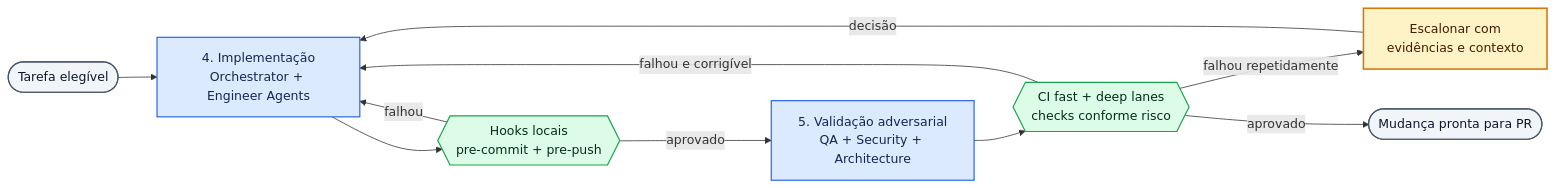
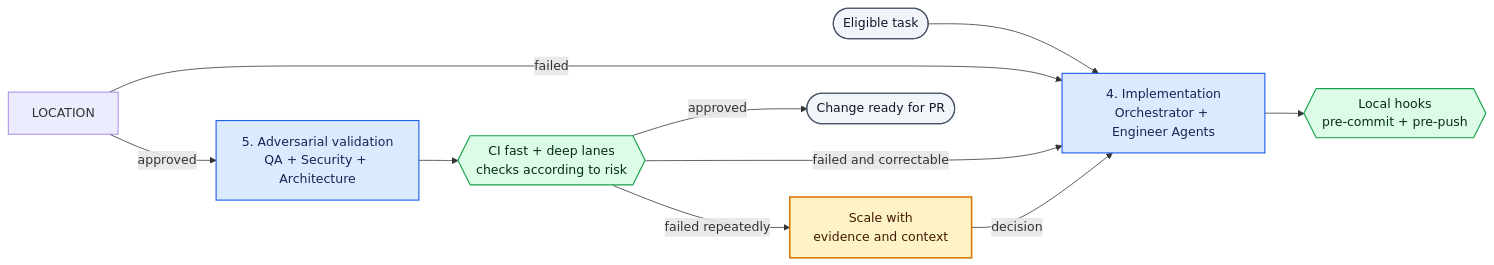
The fourth of 6 diagrams in workspaces/tech-lead/docs/rules/journey-by-phase.md (diododias/ai-manifest), drawn with Mermaid before and after one commit. The commit also changed other lines of this file and 294 other files, not shown here.

````diff
--- a/workspaces/tech-lead/docs/rules/journey-by-phase.md
+++ b/workspaces/tech-lead/docs/rules/journey-by-phase.md
@@ -146,27 +146,27 @@
 ```mermaid
 flowchart LR
-    IN([Tarefa elegível])
-    S4["4. Implementação<br/>Orchestrator + Engineer Agents"]
-    LOCAL{{"Hooks locais<br/>pre-commit + pre-push"}}
-    S5["5. Validação adversarial<br/>QA + Security + Architecture"]
-    CI{{"CI fast + deep lanes<br/>checks conforme risco"}}
-    HUMAN["Escalonar com<br/>evidências e contexto"]
-    OUT([Mudança pronta para PR])
+    IN([Eligible task])
+    S4["4. Implementation<br/>Orchestrator + Engineer Agents"]
+    LOCAL{{"Local hooks<br/>pre-commit + pre-push"}}
+    S5["5. Adversarial validation<br/>QA + Security + Architecture"]
+    CI{{"CI fast + deep lanes<br/>checks according to risk"}}
+    HUMAN["Scale with<br/>evidence and context"]
+    OUT([Change ready for PR])
 
     IN --> S4 --> LOCAL
-    LOCAL -- "falhou" --> S4
-    LOCAL -- "aprovado" --> S5 --> CI
-    CI -- "falhou e corrigível" --> S4
-    CI -- "falhou repetidamente" --> HUMAN
-    HUMAN -- "decisão" --> S4
-    CI -- "aprovado" --> OUT
+    LOCATION -- "failed" --> S4
+    LOCATION -- "approved" --> S5 --> CI
+    CI -- "failed and correctable" --> S4
+    CI -- "failed repeatedly" --> HUMAN
+    HUMAN -- "decision" --> S4
+    CI -- "approved" --> OUT
 
     classDef agent fill:#dbeafe,stroke:#2563eb,color:#172554,stroke-width:1.5px;
     classDef automation fill:#dcfce7,stroke:#16a34a,color:#052e16,stroke-width:1.5px;
     classDef human fill:#fef3c7,stroke:#d97706,color:#451a03,stroke-width:2px;
     classDef terminal fill:#f1f5f9,stroke:#475569,color:#0f172a,stroke-width:1.5px;
     class S4,S5 agent;
     class LOCAL,CI automation;
     class HUMAN human;
     class IN,OUT terminal;
 ```
````
